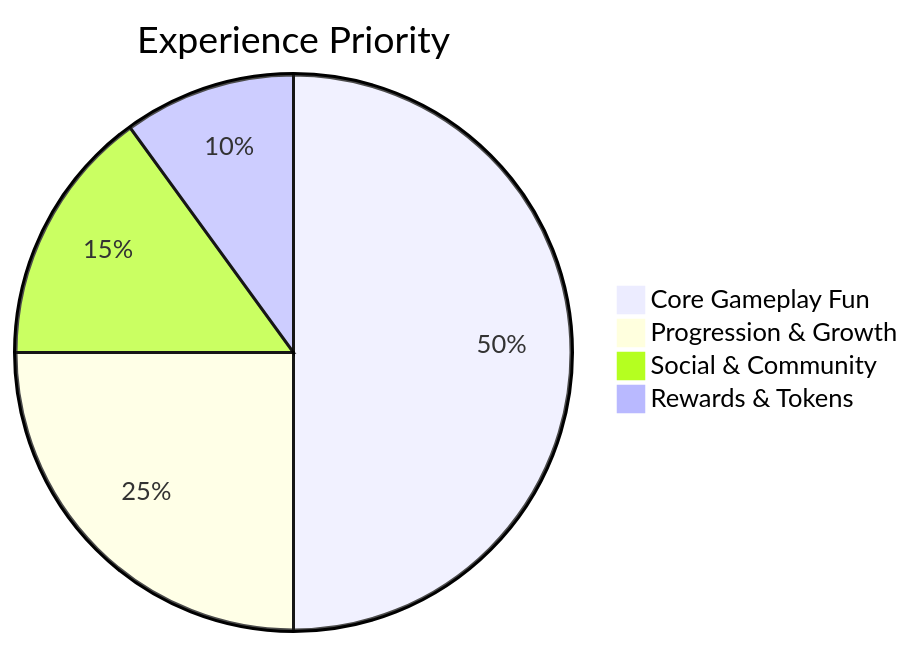
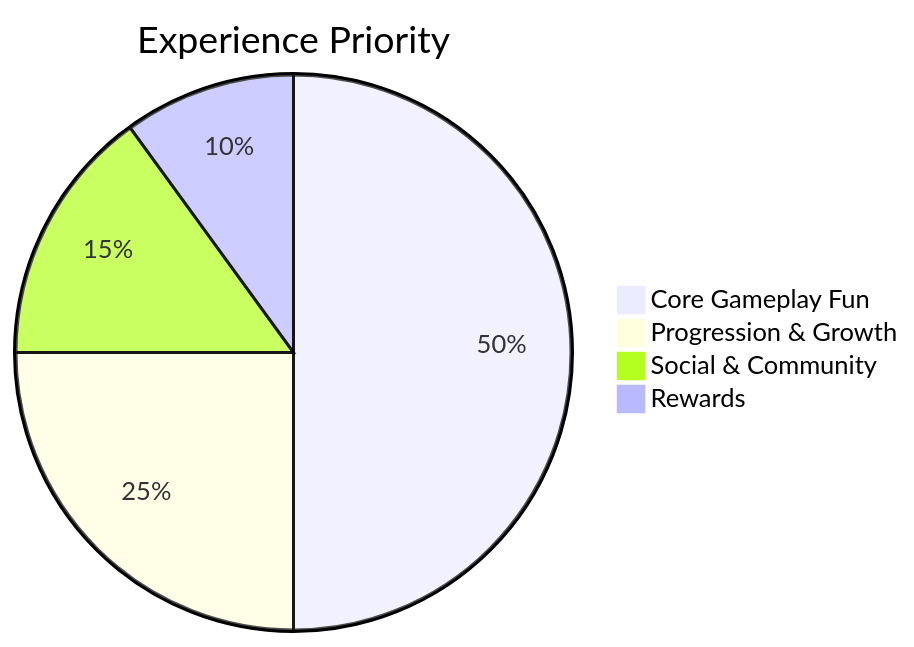
One commit to vbendas/FalaMestre changed the first of 2 diagrams in Documentation/01-Game-Design/00-Core-Concept.md. Above: the diagram before and after it, drawn with Mermaid. The commit also changed other lines of this file and 72 other files, not shown here.

````diff
--- a/Documentation/01-Game-Design/00-Core-Concept.md
+++ b/Documentation/01-Game-Design/00-Core-Concept.md
@@ -38,7 +38,7 @@
 ```mermaid
 pie title Experience Priority
     "Core Gameplay Fun" : 50
     "Progression & Growth" : 25
     "Social & Community" : 15
-    "Rewards & Tokens" : 10
+    "Rewards" : 10
 ```
````
